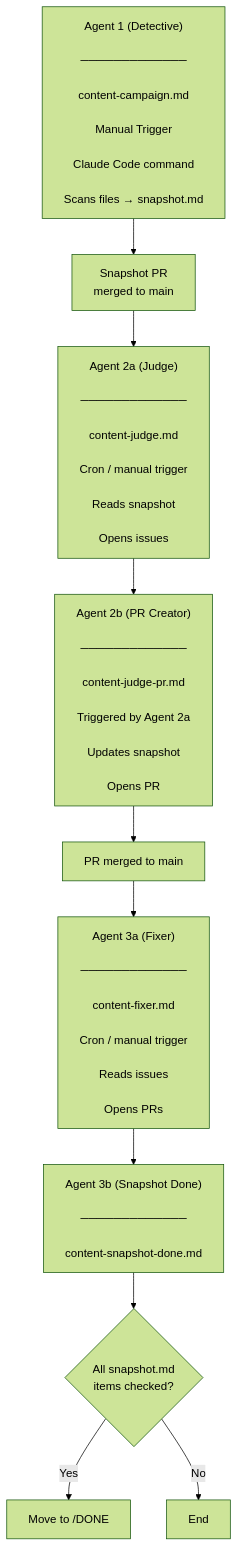
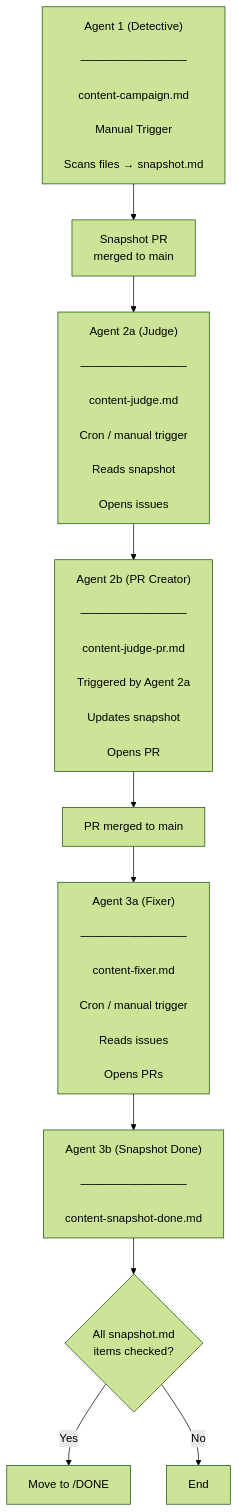
Before and after one commit to SSWConsulting/SSW.Rules.Content: the diagram in .github/ContentHawk/README.md, drawn with Mermaid (forest theme).

Commit message:
Removed claude code command from readme file

````diff
--- a/.github/ContentHawk/README.md
+++ b/.github/ContentHawk/README.md
@@ -7,49 +7,48 @@
 ```mermaid
 flowchart TD
     A["Agent 1 (Detective)<br/>
     ─────────────<br/>
     content-campaign.md<br/>
     Manual Trigger<br/>
-    Claude Code command<br/>
     Scans files → snapshot.md"]
 
     B["Snapshot PR <br/> merged to main"]
 
     C["Agent 2a (Judge)<br/>
     ─────────────<br/>
     content-judge.md<br/>
     Cron / manual trigger<br/>
     Reads snapshot<br/>
     Opens issues"]
 
     D["Agent 2b (PR Creator)<br/>
     ─────────────<br/>
     content-judge-pr.md<br/>
     Triggered by Agent 2a<br/>
     Updates snapshot<br/>
     Opens PR"]
 
     E["PR merged to main"]
 
     F["Agent 3a (Fixer)<br/>
     ─────────────<br/>
     content-fixer.md<br/>
     Cron / manual trigger<br/>
     Reads issues<br/>
     Opens PRs"]
 
     H["Agent 3b (Snapshot Done)<br/>
     ─────────────<br/>
     content-snapshot-done.md<br/>
     "]
 
     I{"All snapshot.md <br/> items checked?"}
 
     J["Move to /DONE"]
 
     K["End"]
 
     A --> B --> C --> D --> E --> F --> H --> I
     I -- Yes --> J
     I -- No --> K
 ```
````
